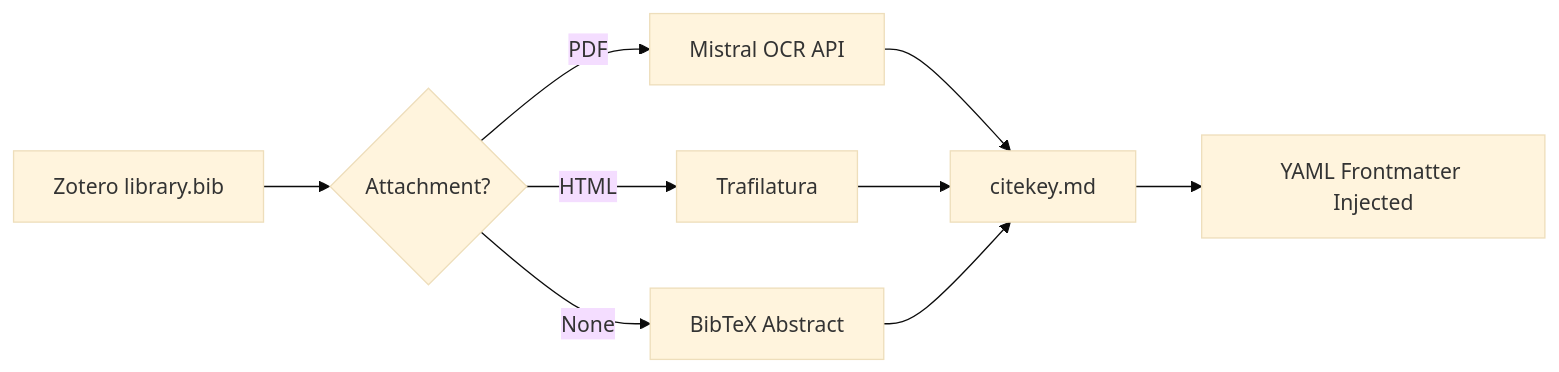
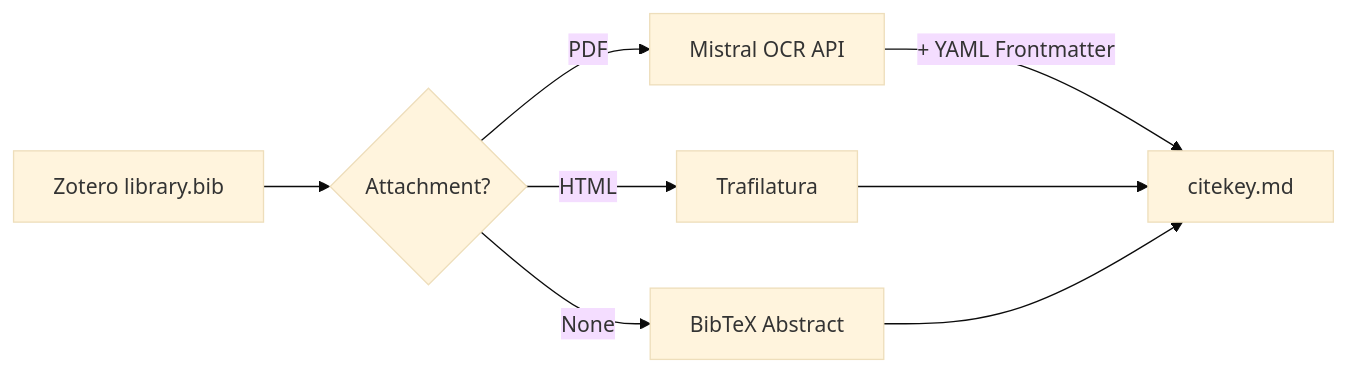
Before and after one commit to Jidi1997/mark-lit-down: the diagram in README.md, drawn with Mermaid (base theme). The commit also changed other lines of this file and 1 other file, not shown here.

````diff
--- a/README.md
+++ b/README.md
@@ -25,11 +32,10 @@
 ```mermaid
 graph LR
     A["Zotero library.bib"] --> B{"Attachment?"}
     B -- PDF --> C["Mistral OCR API"]
     B -- HTML --> D["Trafilatura"]
     B -- None --> E["BibTeX Abstract"]
-    C --> F["citekey.md"]
+    C -->|"+ YAML Frontmatter"| F["citekey.md"]
     D --> F
     E --> F
-    F --> G["YAML Frontmatter Injected"]
 ```
````
